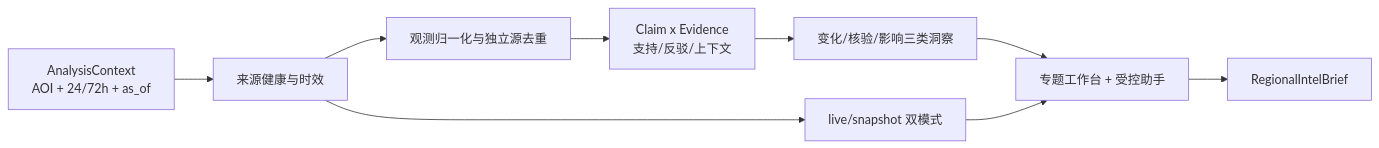
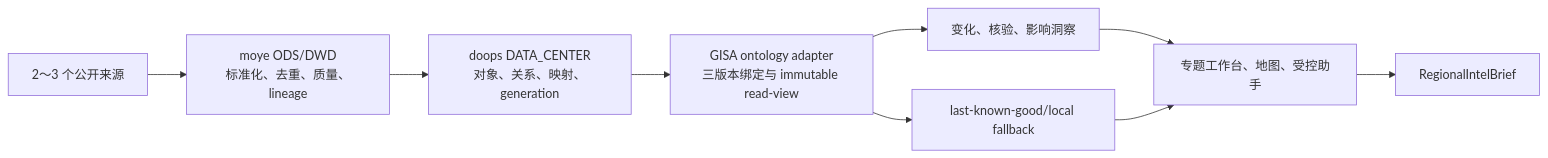
Before and after one commit to isxylands/dy-inta: the second of 2 diagrams in devdoc/PRD-v6-中东实时情报分析演示内部方案与实施计划-20260722.md, drawn with Mermaid. The commit also changed other lines of this file and 1 other file, not shown here.

````diff
--- a/devdoc/PRD-v6-中东实时情报分析演示内部方案与实施计划-20260722.md
+++ b/devdoc/PRD-v6-中东实时情报分析演示内部方案与实施计划-20260722.md
@@ -388,11 +477,11 @@
 ```mermaid
 flowchart LR
-  C["AnalysisContext<br/>AOI + 24/72h + as_of"] --> S["来源健康与时效"]
-  S --> O["观测归一化与独立源去重"]
-  O --> E["Claim x Evidence<br/>支持/反驳/上下文"]
-  E --> I["变化/核验/影响三类洞察"]
-  I --> U["专题工作台 + 受控助手"]
+  S["2～3 个公开来源"] --> M["moye ODS/DWD<br/>标准化、去重、质量、lineage"]
+  M --> O["doops DATA_CENTER<br/>对象、关系、映射、generation"]
+  O --> A["GISA ontology adapter<br/>三版本绑定与 immutable read-view"]
+  A --> I["变化、核验、影响洞察"]
+  I --> U["专题工作台、地图、受控助手"]
   U --> B["RegionalIntelBrief"]
-  S --> F["live/snapshot 双模式"]
+  A --> F["last-known-good/local fallback"]
   F --> U
 ```
````
